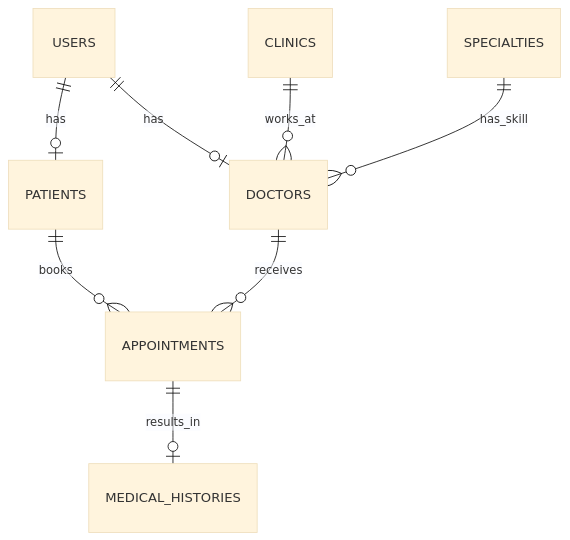
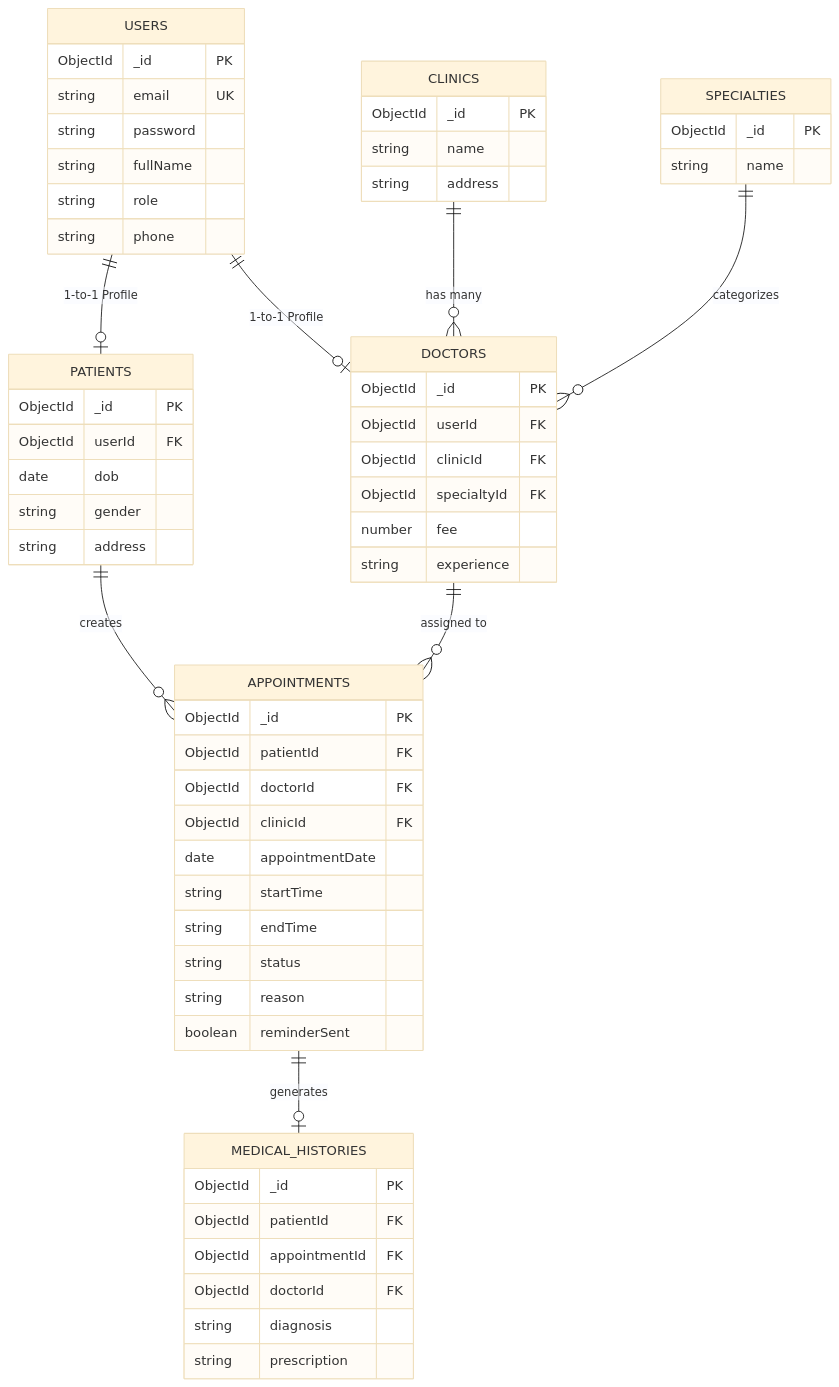
Before and after one commit to manhcuong-contact/DatLichPhongKham: the sixth of 6 diagrams in BAO_CAO_DU_AN.md, drawn with Mermaid (base theme). The commit also changed other lines of this file, not shown here.

Commit message:
Docs: Update BAO_CAO_DU_AN.md with 30-page equivalent exhaustive details and SQL schemas

````diff
--- a/BAO_CAO_DU_AN.md
+++ b/BAO_CAO_DU_AN.md
@@ -280,10 +462,63 @@
 ```mermaid
 erDiagram
-    USERS ||--o| PATIENTS : has
-    USERS ||--o| DOCTORS : has
-    CLINICS ||--o{ DOCTORS : works_at
-    SPECIALTIES ||--o{ DOCTORS : has_skill
-    PATIENTS ||--o{ APPOINTMENTS : books
-    DOCTORS ||--o{ APPOINTMENTS : receives
-    APPOINTMENTS ||--o| MEDICAL_HISTORIES : results_in
+    USERS {
+        ObjectId _id PK
+        string email UK
+        string password
+        string fullName
+        string role
+        string phone
+    }
+    PATIENTS {
+        ObjectId _id PK
+        ObjectId userId FK
+        date dob
+        string gender
+        string address
+    }
+    DOCTORS {
+        ObjectId _id PK
+        ObjectId userId FK
+        ObjectId clinicId FK
+        ObjectId specialtyId FK
+        number fee
+        string experience
+    }
+    CLINICS {
+        ObjectId _id PK
+        string name
+        string address
+    }
+    SPECIALTIES {
+        ObjectId _id PK
+        string name
+    }
+    APPOINTMENTS {
+        ObjectId _id PK
+        ObjectId patientId FK
+        ObjectId doctorId FK
+        ObjectId clinicId FK
+        date appointmentDate
+        string startTime
+        string endTime
+        string status
+        string reason
+        boolean reminderSent
+    }
+    MEDICAL_HISTORIES {
+        ObjectId _id PK
+        ObjectId patientId FK
+        ObjectId appointmentId FK
+        ObjectId doctorId FK
+        string diagnosis
+        string prescription
+    }
+
+    USERS ||--o| PATIENTS : "1-to-1 Profile"
+    USERS ||--o| DOCTORS : "1-to-1 Profile"
+    CLINICS ||--o{ DOCTORS : "has many"
+    SPECIALTIES ||--o{ DOCTORS : "categorizes"
+    PATIENTS ||--o{ APPOINTMENTS : "creates"
+    DOCTORS ||--o{ APPOINTMENTS : "assigned to"
+    APPOINTMENTS ||--o| MEDICAL_HISTORIES : "generates"
 ```
````
